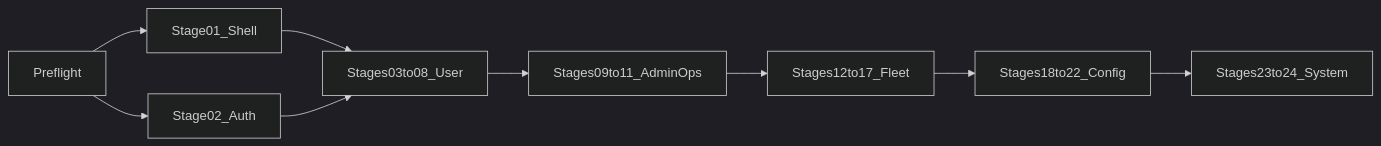
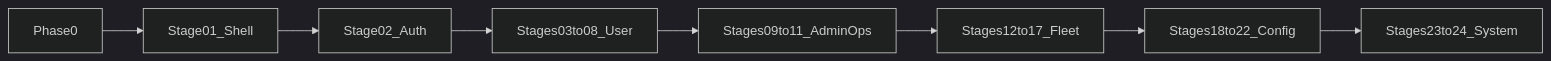
The diagram in docs/plans/redesign-frontend-stages.ru.md (developer-geosun/tms-geosun-v4), drawn with Mermaid (dark theme) before and after one commit. The commit also changed other lines of this file and 1 other file, not shown here.

````diff
--- a/docs/plans/redesign-frontend-stages.ru.md
+++ b/docs/plans/redesign-frontend-stages.ru.md
@@ -80,19 +107,18 @@
 ```mermaid
 flowchart LR
-  preflight[Preflight]
+  preflight[Phase0]
   pA[Stage01_Shell]
   pB[Stage02_Auth]
   pC[Stages03to08_User]
   pD[Stages09to11_AdminOps]
   pE[Stages12to17_Fleet]
   pF[Stages18to22_Config]
   pG[Stages23to24_System]
   preflight --> pA
-  preflight --> pB
-  pA --> pC
+  pA --> pB
   pB --> pC
   pC --> pD
   pD --> pE
   pE --> pF
   pF --> pG
 ```
````
